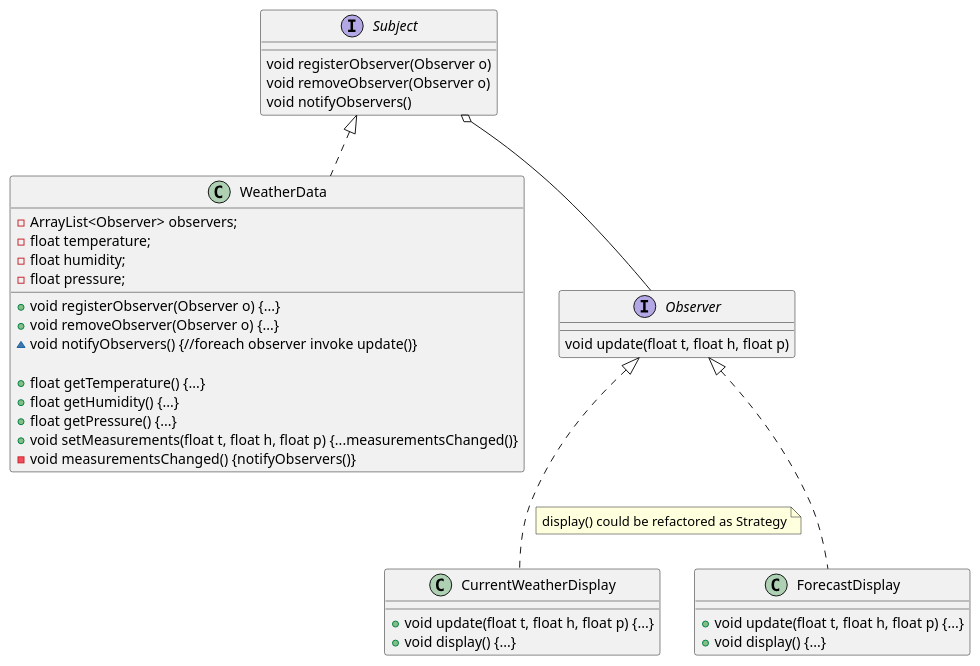
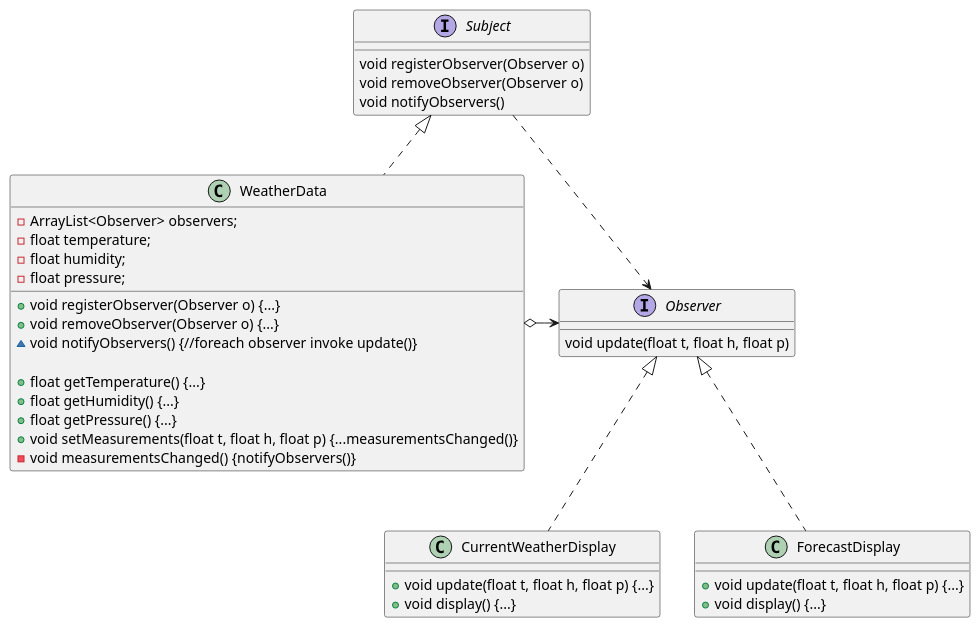
One commit to azdanov/design-patterns changed the diagram in UML/observer.puml. Above: the diagram before and after it, drawn with PlantUML. The commit also changed 5 other files, not shown here.

```diff
--- a/UML/observer.puml
+++ b/UML/observer.puml
@@ -1,47 +1,47 @@
 @startuml Observer
 Interface Subject {
   {method} void registerObserver(Observer o)
   {method} void removeObserver(Observer o)
   {method} void notifyObservers()
 }
 
 Class WeatherData implements Subject {
   {field} -ArrayList<Observer> observers;
   {field} -float temperature;
   {field} -float humidity;
   {field} -float pressure;
 
   {method} +void registerObserver(Observer o) {...}
   {method} +void removeObserver(Observer o) {...}
   {method} ~void notifyObservers() {//foreach observer invoke update()}
 
   {method} +float getTemperature() {...}
   {method} +float getHumidity() {...}
   {method} +float getPressure() {...}
   {method} +void setMeasurements(float t, float h, float p) {...measurementsChanged()}
   {method} -void measurementsChanged() {notifyObservers()}
 }
 
-Subject o-- Observer
 
 Interface Observer {
   {method} void update(float t, float h, float p)
 }
 
+Subject ..> Observer
+WeatherData o-> Observer
 Observer <|.. CurrentWeatherDisplay
-note on link: display() could be refactored as Strategy
 Observer <|.. ForecastDisplay
 
 
 Class CurrentWeatherDisplay {
   {method} +void update(float t, float h, float p) {...}
   {method} +void display() {...}
 }
 
 Class ForecastDisplay {
   {method} +void update(float t, float h, float p) {...}
   {method} +void display() {...}
 }
 
 
 @enduml
```
